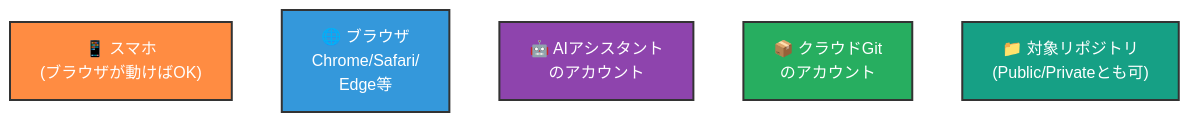
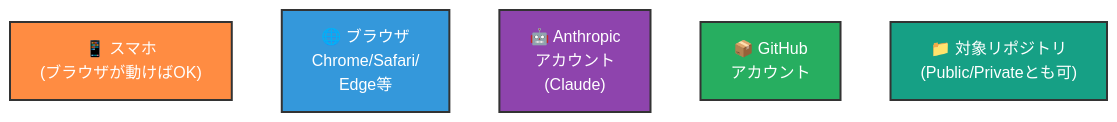
One commit to kasuyaofcb/tech_docs changed the fourth of 11 diagrams in 05_mobile-workflow/mobile-workflow.md. Above: the diagram before and after it, drawn with Mermaid. The commit also changed other lines of this file, not shown here.

First line of the commit message:
docs(mobile-workflow): Claude Code on the web 中心の記述に絞り込み

````diff
--- a/05_mobile-workflow/mobile-workflow.md
+++ b/05_mobile-workflow/mobile-workflow.md
@@ -94,13 +96,13 @@
 ```mermaid
 flowchart LR
     P1["📱 スマホ<br/>(ブラウザが動けばOK)"] ~~~ P2["🌐 ブラウザ<br/>Chrome/Safari/<br/>Edge等"]
-    P2 ~~~ P3["🤖 AIアシスタント<br/>のアカウント"]
-    P3 ~~~ P4["📦 クラウドGit<br/>のアカウント"]
+    P2 ~~~ P3["🤖 Anthropic<br/>アカウント<br/>(Claude)"]
+    P3 ~~~ P4["📦 GitHub<br/>アカウント"]
     P4 ~~~ P5["📁 対象リポジトリ<br/>(Public/Privateとも可)"]
 
     style P1 fill:#FF8C42,color:#FFFFFF,stroke:#333,stroke-width:2px
     style P2 fill:#3498DB,color:#FFFFFF,stroke:#333,stroke-width:2px
     style P3 fill:#8E44AD,color:#FFFFFF,stroke:#333,stroke-width:2px
     style P4 fill:#27AE60,color:#FFFFFF,stroke:#333,stroke-width:2px
     style P5 fill:#16A085,color:#FFFFFF,stroke:#333,stroke-width:2px
 ```
````
